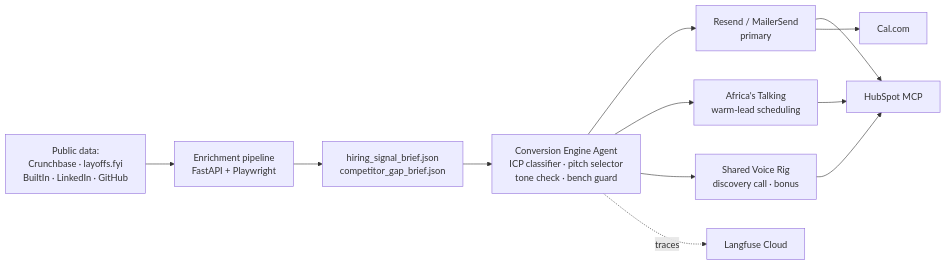
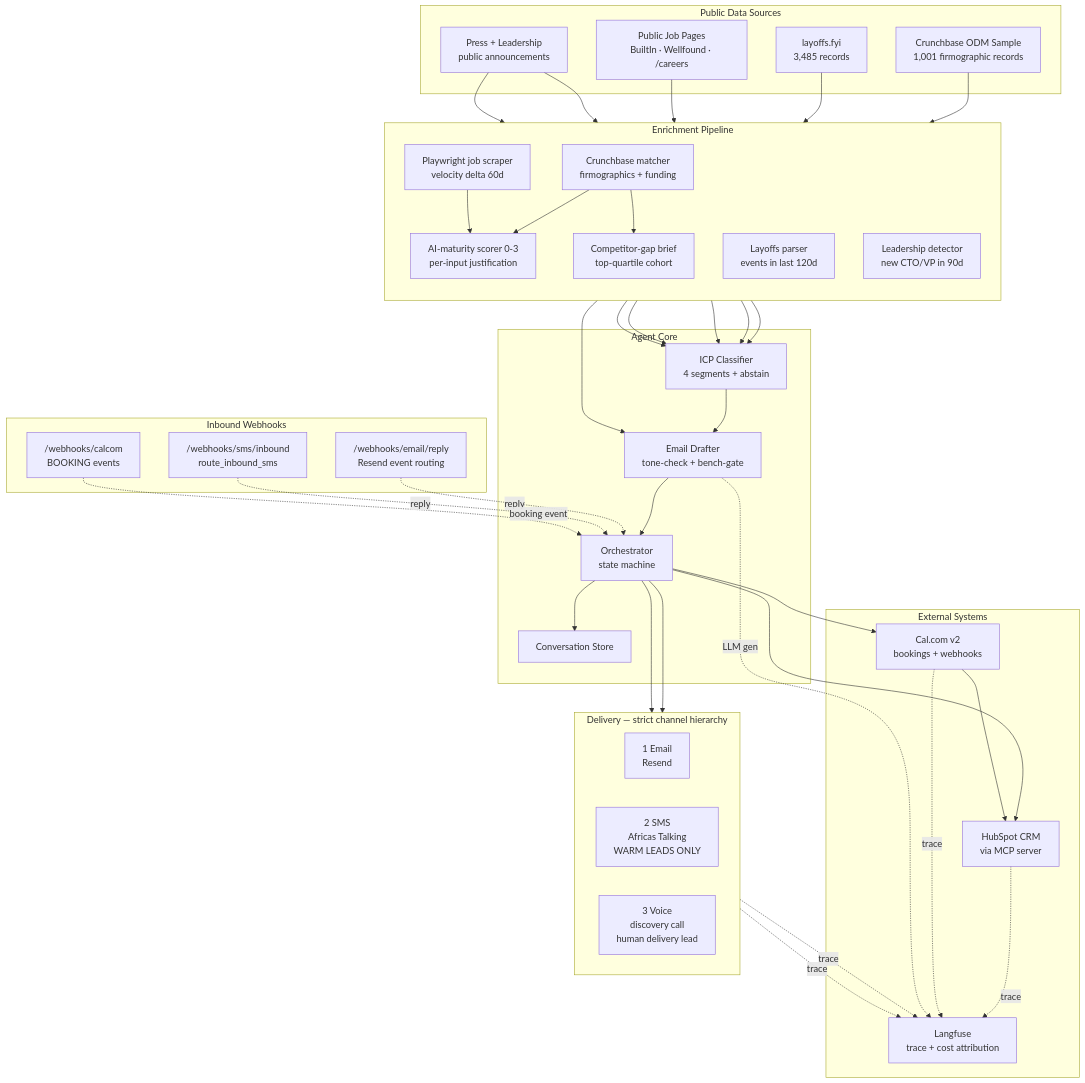
The first of 2 diagrams in README.md (Atnabon/conversion-engine), drawn with Mermaid before and after one commit. The commit also changed other lines of this file and 75 other files, not shown here.

First line of the commit message:
Add new skills for market-space mapping, data enrichment, hiring signal generation, and voice integration

````diff
--- a/README.md
+++ b/README.md
@@ -7,14 +50,80 @@
 ```mermaid
-flowchart LR
-    Seed[Public data:<br/>Crunchbase · layoffs.fyi<br/>BuiltIn · LinkedIn · GitHub] --> Enrich[Enrichment pipeline<br/>FastAPI + Playwright]
-    Enrich --> Briefs[hiring_signal_brief.json<br/>competitor_gap_brief.json]
-    Briefs --> Agent[Conversion Engine Agent<br/>ICP classifier · pitch selector<br/>tone check · bench guard]
-    Agent --> Email[Resend / MailerSend<br/>primary]
-    Agent --> SMS[Africa's Talking<br/>warm-lead scheduling]
-    Agent --> Voice[Shared Voice Rig<br/>discovery call · bonus]
-    Email --> HubSpot[HubSpot MCP]
-    Email --> Cal[Cal.com]
-    SMS --> HubSpot
-    Voice --> HubSpot
-    Agent -.traces.-> Langfuse[Langfuse Cloud]
+flowchart TB
+    subgraph Inputs ["Public Data Sources"]
+        CB[Crunchbase ODM Sample<br/>1,001 firmographic records]
+        LO[layoffs.fyi<br/>3,485 records]
+        JP[Public Job Pages<br/>BuiltIn · Wellfound · /careers]
+        PR[Press + Leadership<br/>public announcements]
+    end
+
+    subgraph Enrich ["Enrichment Pipeline"]
+        direction TB
+        E1[Crunchbase matcher<br/>firmographics + funding]
+        E2[Playwright job scraper<br/>velocity delta 60d]
+        E3[Layoffs parser<br/>events in last 120d]
+        E4[Leadership detector<br/>new CTO/VP in 90d]
+        E5[AI-maturity scorer 0-3<br/>per-input justification]
+        E6[Competitor-gap brief<br/>top-quartile cohort]
+    end
+
+    subgraph Agent ["Agent Core"]
+        ICP[ICP Classifier<br/>4 segments + abstain]
+        DRAFT[Email Drafter<br/>tone-check + bench-gate]
+        ORCH[Orchestrator<br/>state machine]
+        CONV[Conversation Store]
+    end
+
+    subgraph Channels ["Delivery — strict channel hierarchy"]
+        direction LR
+        EMAIL[1 Email<br/>Resend]
+        SMS[2 SMS<br/>Africas Talking<br/>WARM LEADS ONLY]
+        VOICE[3 Voice<br/>discovery call<br/>human delivery lead]
+    end
+
+    subgraph External ["External Systems"]
+        HS[HubSpot CRM<br/>via MCP server]
+        CAL[Cal.com v2<br/>bookings + webhooks]
+        LF[Langfuse<br/>trace + cost attribution]
+    end
+
+    subgraph Webhooks ["Inbound Webhooks"]
+        WEMAIL["/webhooks/email/reply<br/>Resend event routing"]
+        WSMS["/webhooks/sms/inbound<br/>route_inbound_sms"]
+        WCAL["/webhooks/calcom<br/>BOOKING events"]
+    end
+
+    CB --> E1
+    LO --> E3
+    JP --> E2
+    PR --> E4
+    E1 --> E5
+    E2 --> E5
+    PR --> E6
+    E1 --> E6
+
+    E1 --> ICP
+    E2 --> ICP
+    E3 --> ICP
+    E4 --> ICP
+    E5 --> ICP
+    E6 --> DRAFT
+
+    ICP --> DRAFT
+    DRAFT --> ORCH
+    ORCH --> CONV
+    ORCH --> EMAIL
+    ORCH --> SMS
+    ORCH --> HS
+    ORCH --> CAL
+
+    WEMAIL -.reply.-> ORCH
+    WSMS -.reply.-> ORCH
+    WCAL -.booking event.-> ORCH
+
+    CAL --> HS
+    EMAIL -.trace.-> LF
+    SMS -.trace.-> LF
+    HS -.trace.-> LF
+    CAL -.trace.-> LF
+    DRAFT -.LLM gen.-> LF
 ```
````
